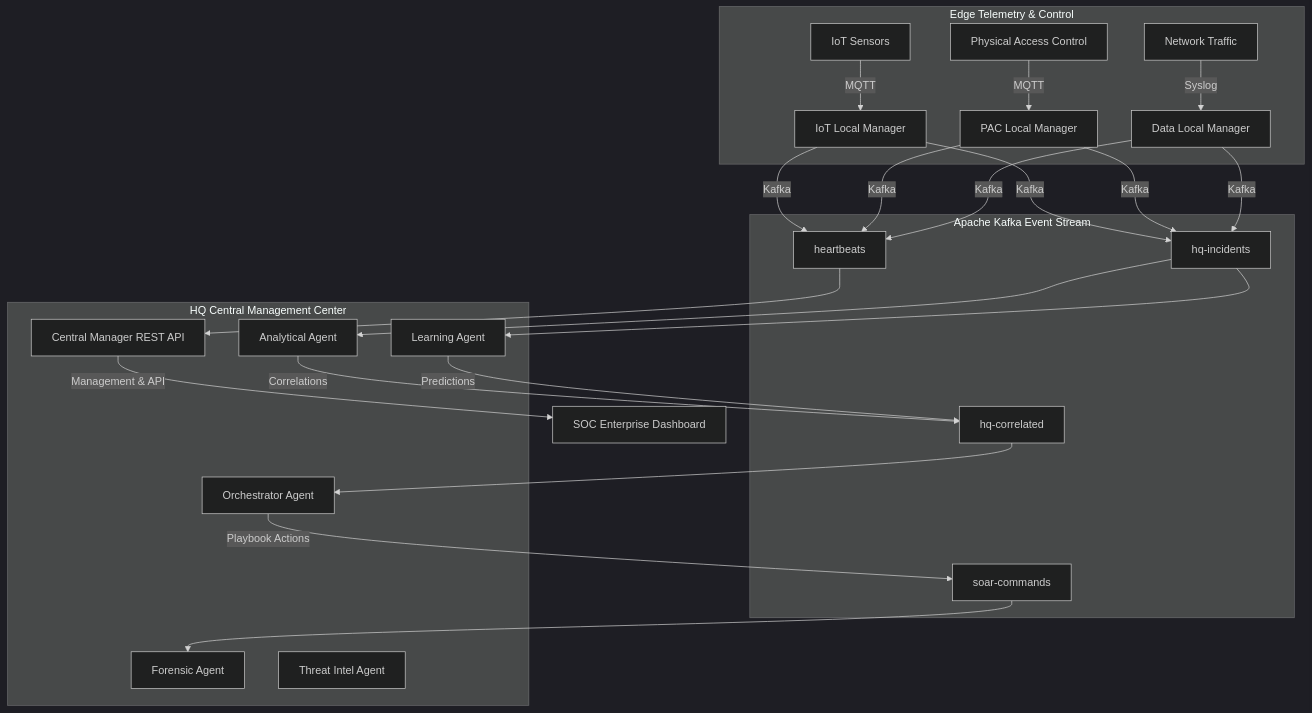
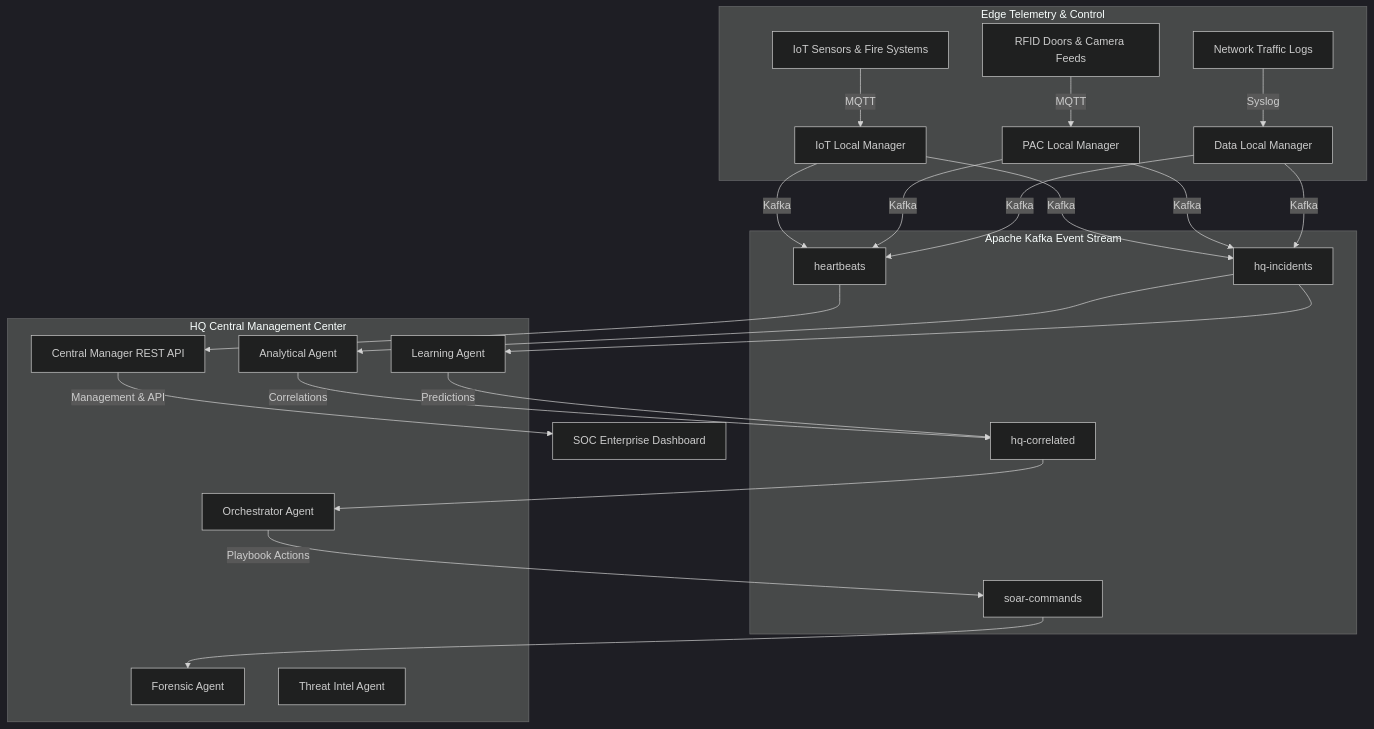
Before and after one commit to graduationprojecthm2026-sudo/A-Predictive-Cyber-Physical-Security-System-for-Near-Real-Time-Threat-Detection-and-Autonomous-Cont: the diagram in README.md, drawn with Mermaid (dark theme). The commit also changed other lines of this file, not shown here.

Commit message:
docs: update README.md to describe local managers and Pi edge systems

````diff
--- a/README.md
+++ b/README.md
@@ -9,43 +9,43 @@
 ```mermaid
 graph TD
     %% Telemetry Sources
     subgraph Edge & Local Environments [Edge Telemetry & Control]
-        A[IoT Sensors] -->|MQTT| LM_IoT[IoT Local Manager]
-        B[Physical Access Control] -->|MQTT| LM_PAC[PAC Local Manager]
-        C[Network Traffic] -->|Syslog| LM_Data[Data Local Manager]
+        A[IoT Sensors & Fire Systems] -->|MQTT| LM_IoT[IoT Local Manager]
+        B[RFID Doors & Camera Feeds] -->|MQTT| LM_PAC[PAC Local Manager]
+        C[Network Traffic Logs] -->|Syslog| LM_Data[Data Local Manager]
     end
 
     %% Message Bus
     subgraph Message Bus [Apache Kafka Event Stream]
         K_HB[heartbeats]
         K_INC[hq-incidents]
         K_CORR[hq-correlated]
         K_SOAR[soar-commands]
     end
 
     %% HQ Agents
     subgraph HQ [HQ Central Management Center]
         CM[Central Manager REST API]
         AA[Analytical Agent]
         LA[Learning Agent]
         OA[Orchestrator Agent]
         FA[Forensic Agent]
         TI[Threat Intel Agent]
     end
 
     %% Routing
     LM_IoT & LM_PAC & LM_Data -->|Kafka| K_INC
     LM_IoT & LM_PAC & LM_Data -->|Kafka| K_HB
     
     K_INC --> AA & LA
     K_HB --> CM
     
     AA -->|Correlations| K_CORR
     LA -->|Predictions| K_CORR
     
     K_CORR --> OA
     OA -->|Playbook Actions| K_SOAR
     K_SOAR --> FA
     
     CM -->|Management & API| Dash[SOC Enterprise Dashboard]
 ```
````
